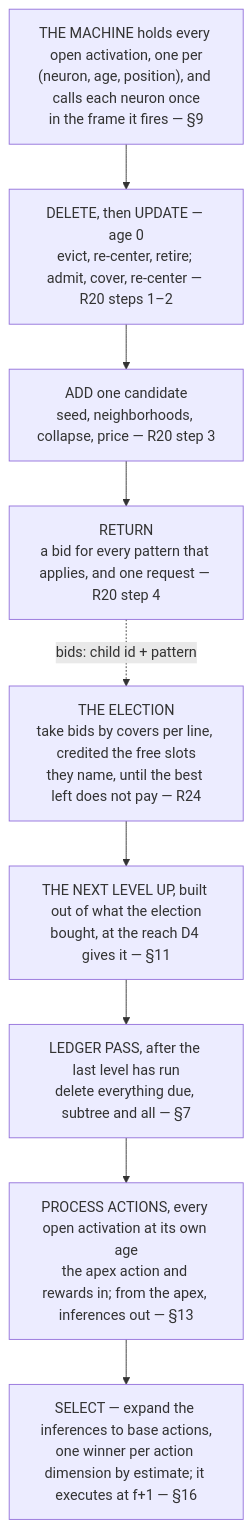
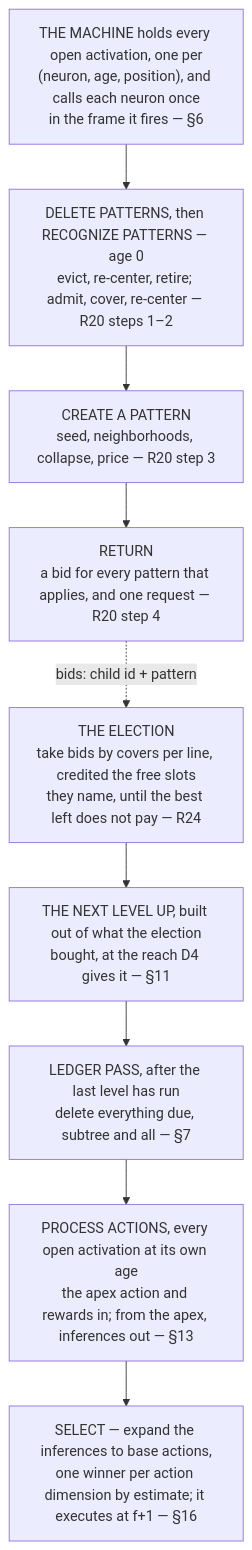
The diagram in docs/algorithm-remarks.md (cucar/robot_brain), drawn with Mermaid before and after one commit. The commit also changed other lines of this file and 3 other files, not shown here.

Commit message:
Part II opens with the process frame call; steps named delete, recognize, create, return; R21 moves to the call

````diff
--- a/docs/algorithm-remarks.md
+++ b/docs/algorithm-remarks.md
@@ -982,12 +825,12 @@
 ```mermaid
 flowchart TD
-    A["THE MACHINE holds every open activation, one per<br/>(neuron, age, position), and calls each neuron once<br/>in the frame it fires — §9"]
-    A --> B["DELETE, then UPDATE — age 0<br/>evict, re-center, retire; admit, cover, re-center — R20 steps 1–2"]
-    B --> M["ADD one candidate<br/>seed, neighborhoods, collapse, price — R20 step 3"]
+    A["THE MACHINE holds every open activation, one per<br/>(neuron, age, position), and calls each neuron once<br/>in the frame it fires — §6"]
+    A --> B["DELETE PATTERNS, then RECOGNIZE PATTERNS — age 0<br/>evict, re-center, retire; admit, cover, re-center — R20 steps 1–2"]
+    B --> M["CREATE A PATTERN<br/>seed, neighborhoods, collapse, price — R20 step 3"]
     M --> P["RETURN<br/>a bid for every pattern that applies, and one request — R20 step 4"]
     P -.->|"bids: child id + pattern"| X["THE ELECTION<br/>take bids by covers per line, credited the free slots<br/>they name, until the best left does not pay — R24"]
     X --> O["THE NEXT LEVEL UP, built out of what the election<br/>bought, at the reach D4 gives it — §11"]
     O --> Z["LEDGER PASS, after the last level has run<br/>delete everything due, subtree and all — §7"]
     Z --> W["PROCESS ACTIONS, every open activation at its own age<br/>the apex action and rewards in; from the apex, inferences out — §13"]
     W --> S["SELECT — expand the inferences to base actions,<br/>one winner per action dimension by estimate; it executes at f+1 — §16"]
 ```
````
